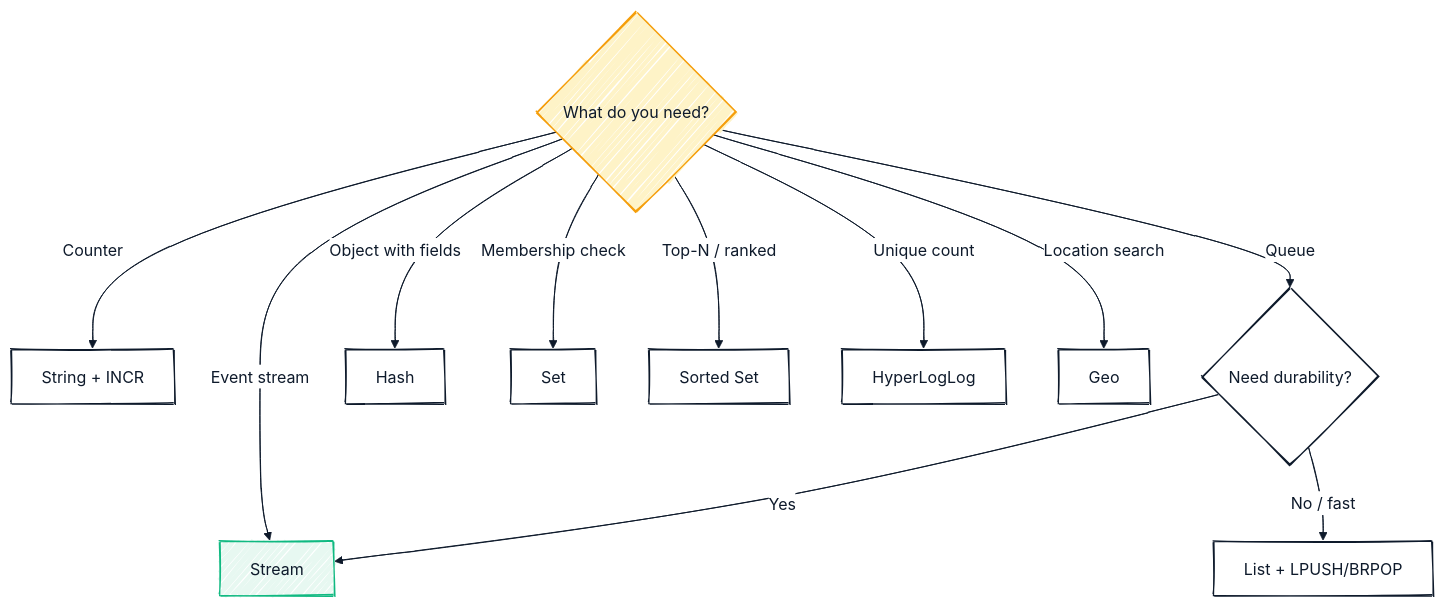
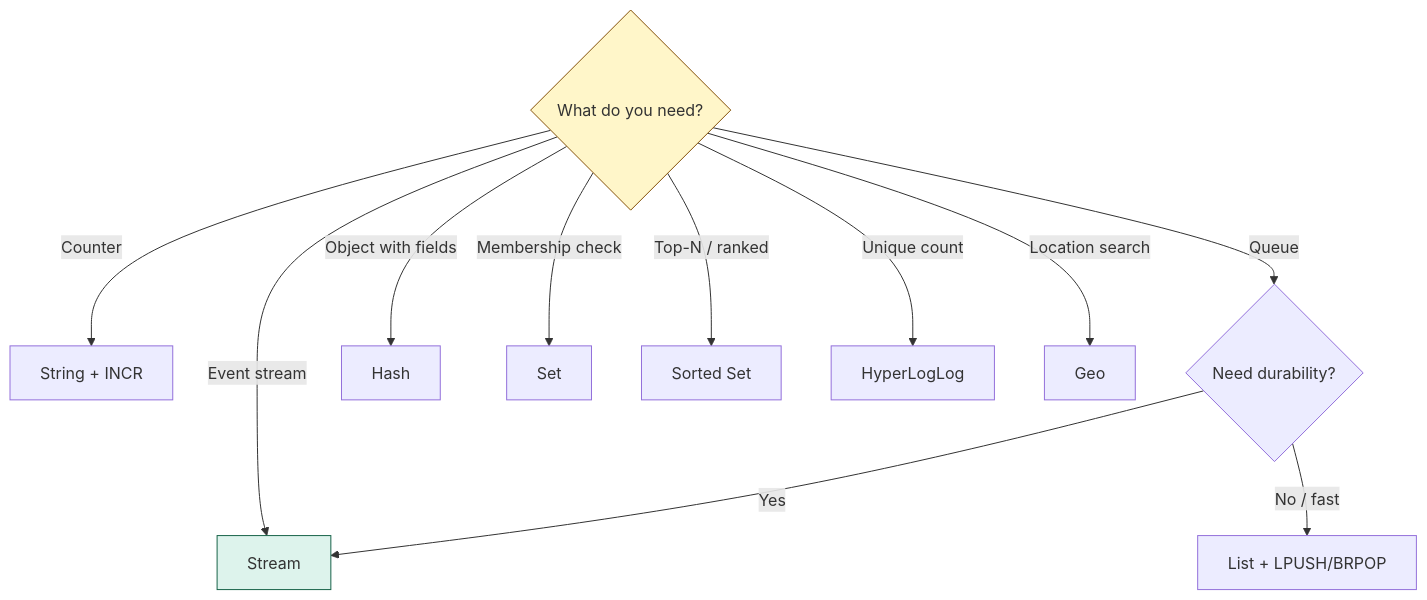
One commit to cartmancodes/InterviewVault changed the third of 13 diagrams in LLD/CoreConcepts/Redis.md. Above: the diagram before and after it, drawn with Mermaid. The commit also changed other lines of this file and 679 other files, not shown here.

Commit message:
Unify content diagrams and add accessible visual walkthroughs

````diff
--- a/LLD/CoreConcepts/Redis.md
+++ b/LLD/CoreConcepts/Redis.md
@@ -170,33 +142,19 @@
 ```mermaid
----
-config:
-  look: handDrawn
-  handDrawnSeed: 7
-  theme: base
-  themeVariables:
-    primaryColor: "#FFFFFF"
-    primaryBorderColor: "#0E1A2B"
-    primaryTextColor: "#0E1A2B"
-    lineColor: "#0E1A2B"
-    clusterBkg: "#FFFFFF"
-    clusterBorder: "#6B7C96"
-    edgeLabelBackground: "#FFFFFF"
----
 graph TD
     Q{What do you need?}
 
     Q -->|Counter| S1[String + INCR]
     Q -->|Queue| L1{Need durability?}
     Q -->|Object with fields| H1[Hash]
     Q -->|Membership check| S2[Set]
     Q -->|Top-N / ranked| Z1[Sorted Set]
     Q -->|Event stream| ST1[Stream]
     Q -->|Unique count| HL[HyperLogLog]
     Q -->|Location search| G1[Geo]
 
     L1 -->|Yes| ST1
     L1 -->|No / fast| L2[List + LPUSH/BRPOP]
 
-    style Q fill:#FEF3C7,stroke:#F59E0B
-    style ST1 fill:#E7F8F1,stroke:#10B981
+    style Q fill:#FFF6C9,stroke:#85520B
+    style ST1 fill:#DDF3EC,stroke:#176349
 ```
````
